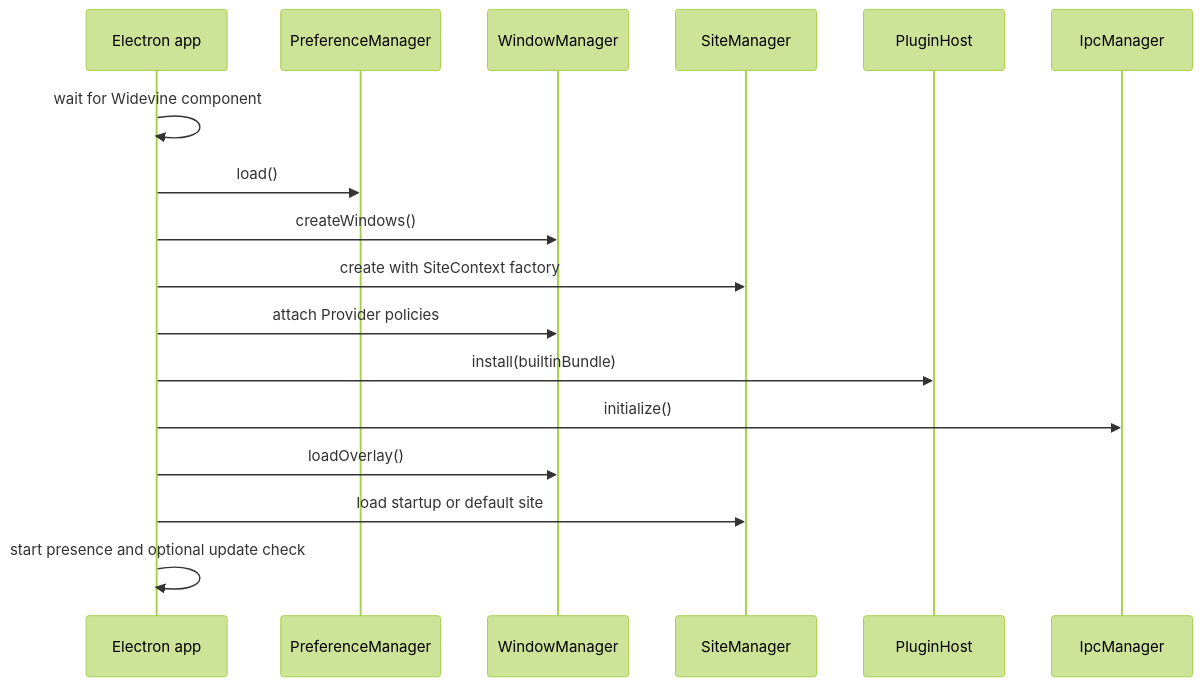
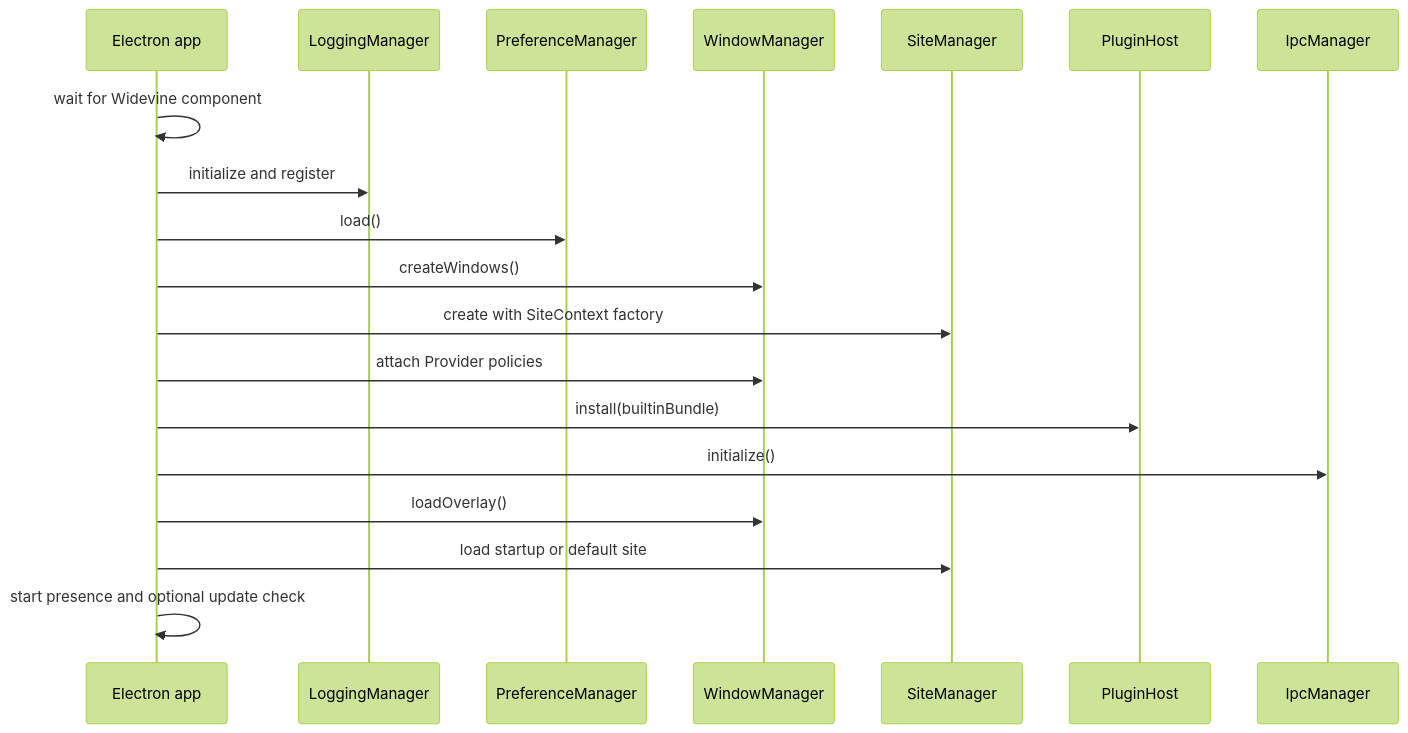
The second of 2 diagrams in docs/Developer/Architecture/Overview.md (fabyday/kawaikara), drawn with Mermaid (forest theme) before and after one commit. The commit also changed other lines of this file and 101 other files, not shown here.

````diff
--- a/docs/Developer/Architecture/Overview.md
+++ b/docs/Developer/Architecture/Overview.md
@@ -62,20 +67,22 @@
 ```mermaid
 sequenceDiagram
   participant Electron as Electron app
+  participant Logging as LoggingManager
   participant Preferences as PreferenceManager
   participant Windows as WindowManager
   participant Sites as SiteManager
   participant Plugins as PluginHost
   participant IPC as IpcManager
 
   Electron->>Electron: wait for Widevine component
+  Electron->>Logging: initialize and register
   Electron->>Preferences: load()
   Electron->>Windows: createWindows()
   Electron->>Sites: create with SiteContext factory
   Electron->>Windows: attach Provider policies
   Electron->>Plugins: install(builtinBundle)
   Electron->>IPC: initialize()
   Electron->>Windows: loadOverlay()
   Electron->>Sites: load startup or default site
   Electron->>Electron: start presence and optional update check
 ```
````
